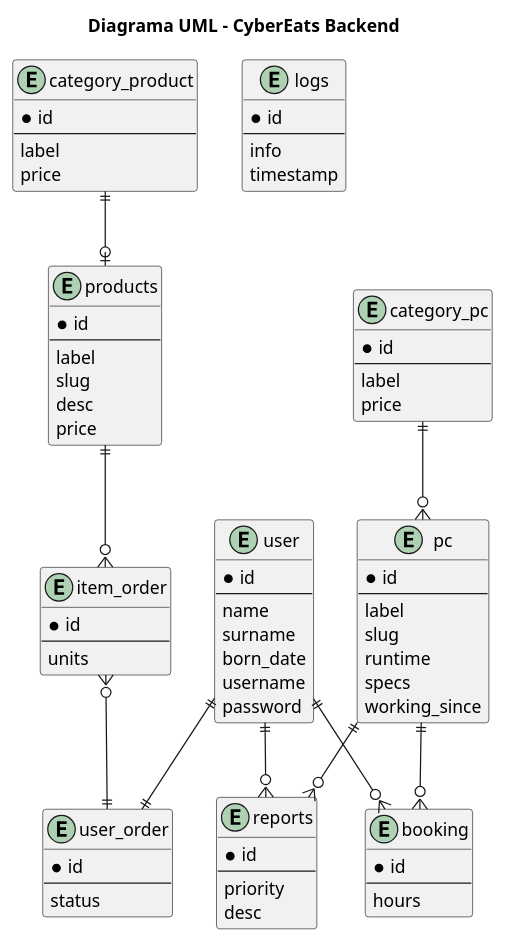
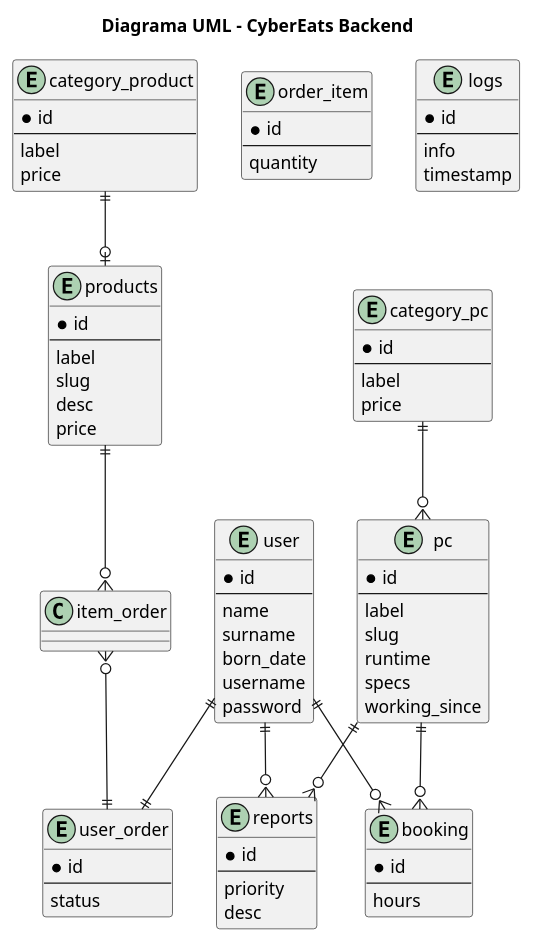
Before and after one commit to cybereats/tienda-back: the diagram in docs/uml/bbdd.puml, drawn with PlantUML. The commit also changed 22 other files, not shown here.

Commit message:
feat(cybereats/sprints#8): Add orderItem endpoint

```diff
--- a/docs/uml/bbdd.puml
+++ b/docs/uml/bbdd.puml
@@ -1,94 +1,94 @@
 @startuml
 
 title Diagrama UML - CyberEats Backend
 
 entity category_product {
     *id
     --
     label
     price
 }
 
 entity products {
     *id
     --
     label
     slug
     desc
     price
 }
 
-entity item_order {
+entity order_item {
     *id
     --
-    units
+    quantity
 }
 
 entity user_order {
     *id
     --
     status
 }
 
 entity logs {
     *id
     --
     info
     timestamp
 }
 
 entity category_pc {
     *id
     --
     label
     price
 }
 
 entity pc {
     *id
     --
     label
     slug
     runtime
     specs
     working_since
 }
 
 entity booking {
     *id
     --
     hours
 }
 
 entity reports {
     *id
     --
     priority
     desc
 }
 
 entity user {
     *id
     --
     name
     surname
     born_date
     username
     password
 }
 
 category_product ||--o| products
 products ||--o{ item_order
 item_order }o--|| user_order
 
 category_pc ||--o{ pc
 
 pc ||--o{ booking
 user ||--o{ booking
 
 pc ||--o{ reports
 user ||--o{ reports
 
 user ||--|| user_order
 
 @enduml
```
